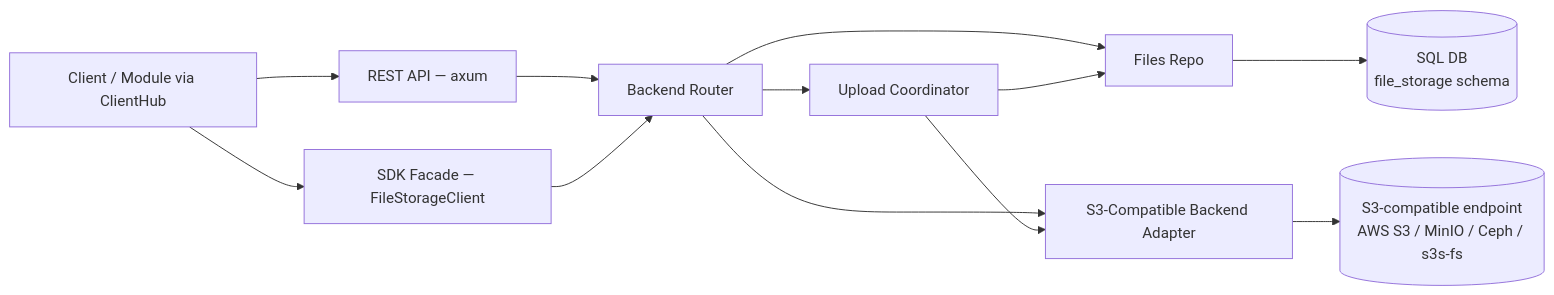
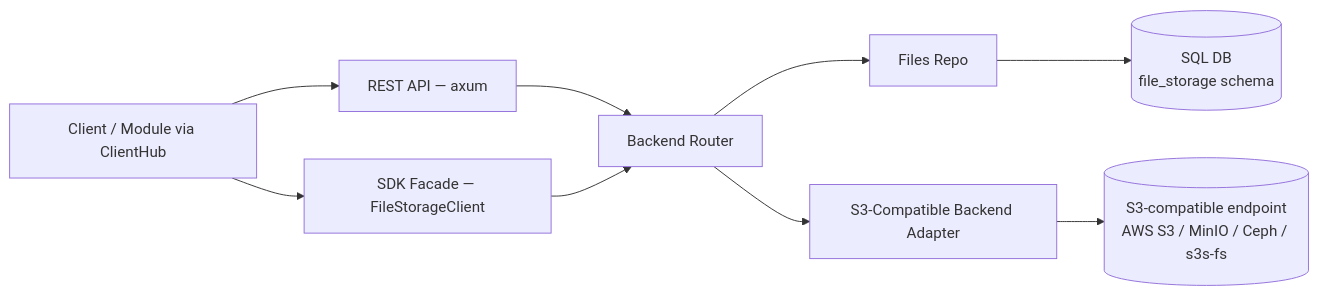
One commit to ffedoroff/cyberfabric-core changed the first of 5 diagrams in modules/file-storage/docs/DESIGN.md. Above: the diagram before and after it, drawn with Mermaid. The commit also changed other lines of this file and 6 other files, not shown here.

````diff
--- a/modules/file-storage/docs/DESIGN.md
+++ b/modules/file-storage/docs/DESIGN.md
@@ -106,24 +108,20 @@
 ```mermaid
 graph LR
     Client[Client / Module via ClientHub]
     REST[REST API — axum]
     SDK[SDK Facade — FileStorageClient]
     ROUTER[Backend Router]
-    COORD[Upload Coordinator]
     REPO[Files Repo]
     S3[S3-Compatible Backend Adapter]
     S3EP[(S3-compatible endpoint<br/>AWS S3 / MinIO / Ceph / s3s-fs)]
     PG[(SQL DB<br/>file_storage schema)]
 
     Client --> REST
     Client --> SDK
     REST --> ROUTER
     SDK --> ROUTER
-    ROUTER --> COORD
     ROUTER --> REPO
     ROUTER --> S3
     REPO --> PG
-    COORD --> REPO
-    COORD --> S3
     S3 --> S3EP
 ```
````
